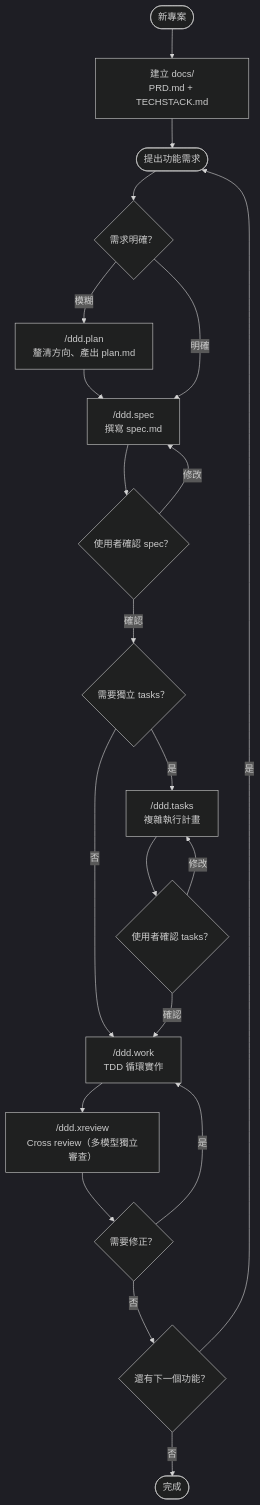
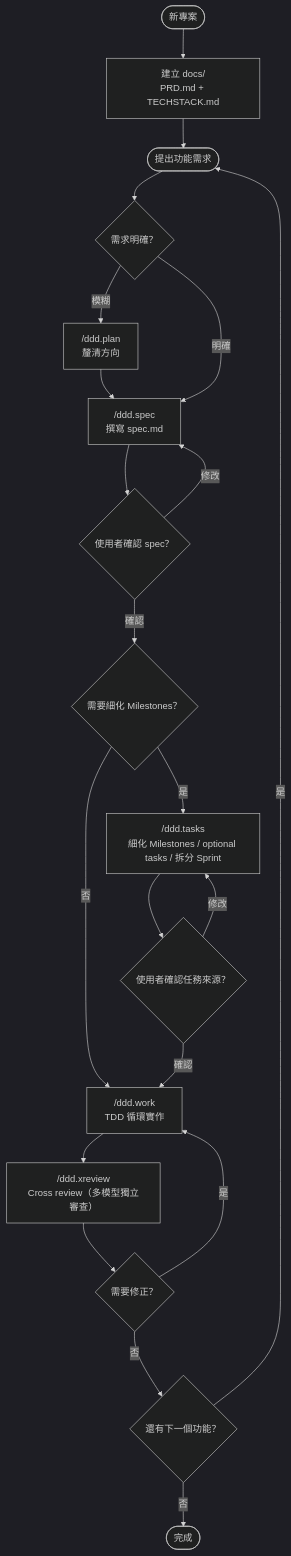
One commit to applepig/ddd-workflow changed the first of 2 diagrams in src/ddd-workflow/README.md. Above: the diagram before and after it, drawn with Mermaid (dark theme). The commit also changed other lines of this file and 19 other files, not shown here.

````diff
--- a/src/ddd-workflow/README.md
+++ b/src/ddd-workflow/README.md
@@ -57,28 +57,28 @@
 ```mermaid
 flowchart TD
     Start([新專案]) --> Init["建立 docs/<br/>PRD.md + TECHSTACK.md"]
     Init --> Feature([提出功能需求])
 
     Feature --> Clarity{需求明確？}
 
-    Clarity -- 模糊 --> Plan["/ddd.plan<br/>釐清方向、產出 plan.md"]
+    Clarity -- 模糊 --> Plan["/ddd.plan<br/>釐清方向"]
     Plan --> Spec
 
     Clarity -- 明確 --> Spec["/ddd.spec<br/>撰寫 spec.md"]
     Spec --> UserSpec{使用者確認 spec？}
     UserSpec -- 修改 --> Spec
-    UserSpec -- 確認 --> NeedTasks{需要獨立 tasks？}
+    UserSpec -- 確認 --> NeedTasks{需要細化 Milestones？}
 
     NeedTasks -- 否 --> Work
     NeedTasks -- 是 --> Tasks
-    Tasks["/ddd.tasks<br/>複雜執行計畫"] --> UserTasks{使用者確認 tasks？}
+    Tasks["/ddd.tasks<br/>細化 Milestones / optional tasks / 拆分 Sprint"] --> UserTasks{使用者確認任務來源？}
     UserTasks -- 修改 --> Tasks
     UserTasks -- 確認 --> Work
 
     Work["/ddd.work<br/>TDD 循環實作"] --> Review
     Review["/ddd.xreview<br/>Cross review（多模型獨立審查）"] --> Fix{需要修正？}
     Fix -- 是 --> Work
     Fix -- 否 --> Next{還有下一個功能？}
     Next -- 是 --> Feature
     Next -- 否 --> Done([完成])
 ```
````
